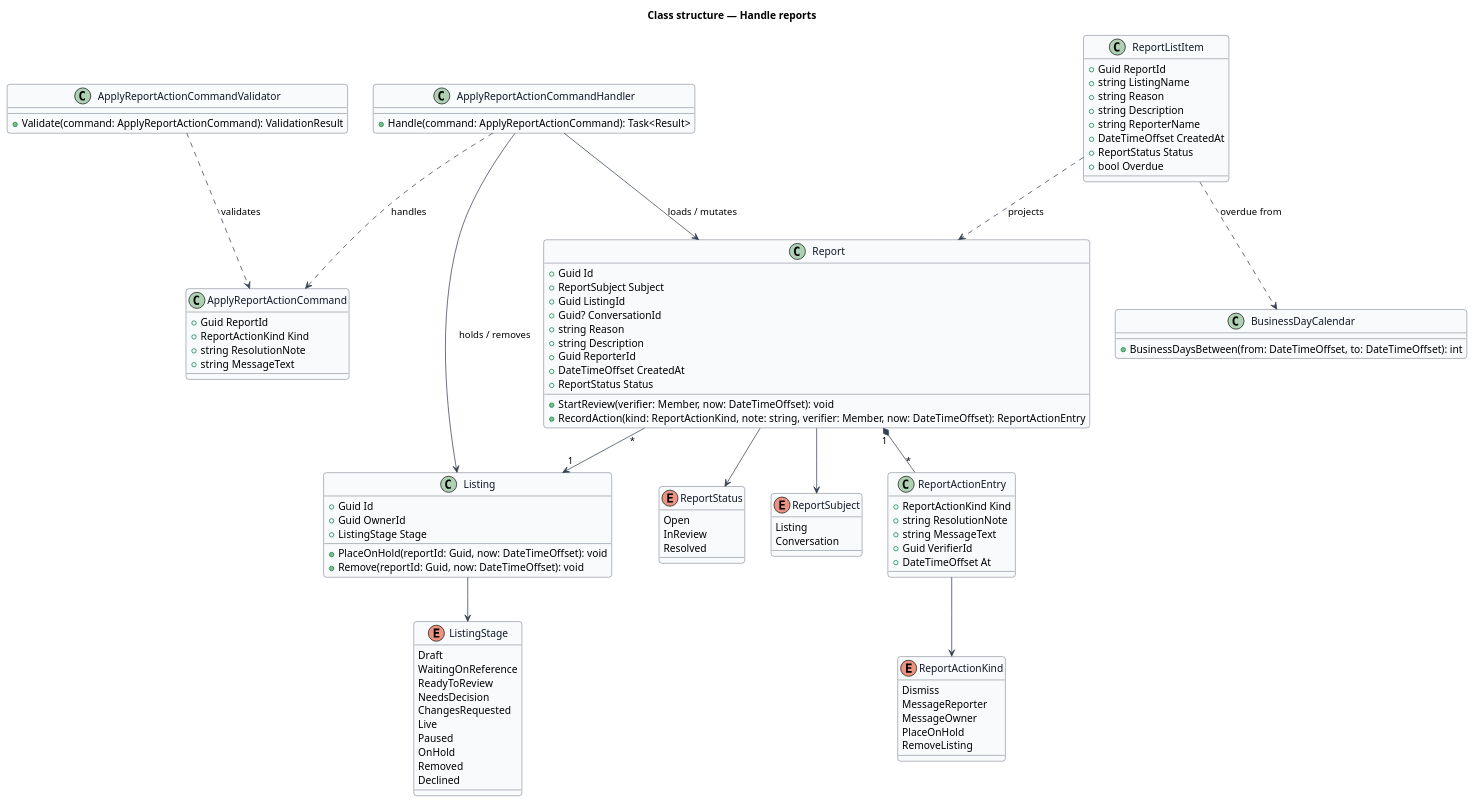
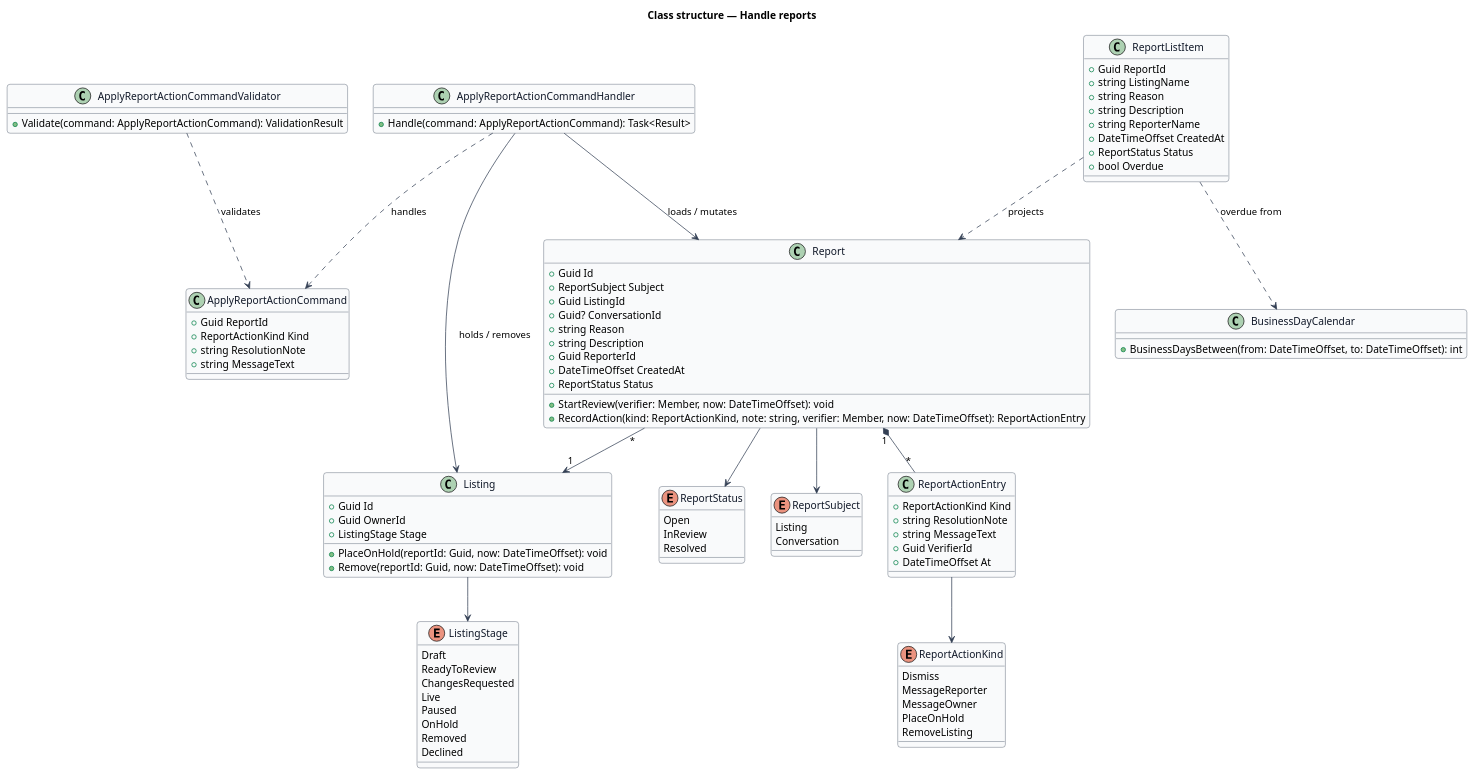
The diagram in docs/detailed-designs/verification/handle-reports/diagrams/class-structure.puml (QuinntyneBrown/jubilee), drawn with PlantUML before and after one commit. The commit also changed 333 other files, not shown here.

```diff
--- a/docs/detailed-designs/verification/handle-reports/diagrams/class-structure.puml
+++ b/docs/detailed-designs/verification/handle-reports/diagrams/class-structure.puml
@@ -1,106 +1,104 @@
 @startuml
 skinparam backgroundColor #FFFFFF
 skinparam shadowing false
 skinparam roundcorner 8
 skinparam defaultFontName Arial
 skinparam ArrowColor #344054
 skinparam class {
   BorderColor #344054
   FontColor #101828
   BackgroundColor #F9FAFB
 }
 title Class structure — Handle reports
 enum ReportStatus {
   Open
   InReview
   Resolved
 }
 enum ReportSubject {
   Listing
   Conversation
 }
 enum ReportActionKind {
   Dismiss
   MessageReporter
   MessageOwner
   PlaceOnHold
   RemoveListing
 }
 enum ListingStage {
   Draft
-  WaitingOnReference
   ReadyToReview
-  NeedsDecision
   ChangesRequested
   Live
   Paused
   OnHold
   Removed
   Declined
 }
 class Report {
   +Guid Id
   +ReportSubject Subject
   +Guid ListingId
   +Guid? ConversationId
   +string Reason
   +string Description
   +Guid ReporterId
   +DateTimeOffset CreatedAt
   +ReportStatus Status
   +StartReview(verifier: Member, now: DateTimeOffset): void
   +RecordAction(kind: ReportActionKind, note: string, verifier: Member, now: DateTimeOffset): ReportActionEntry
 }
 class ReportActionEntry {
   +ReportActionKind Kind
   +string ResolutionNote
   +string MessageText
   +Guid VerifierId
   +DateTimeOffset At
 }
 class Listing {
   +Guid Id
   +Guid OwnerId
   +ListingStage Stage
   +PlaceOnHold(reportId: Guid, now: DateTimeOffset): void
   +Remove(reportId: Guid, now: DateTimeOffset): void
 }
 class ApplyReportActionCommand {
   +Guid ReportId
   +ReportActionKind Kind
   +string ResolutionNote
   +string MessageText
 }
 class ApplyReportActionCommandValidator {
   +Validate(command: ApplyReportActionCommand): ValidationResult
 }
 class ApplyReportActionCommandHandler {
   +Handle(command: ApplyReportActionCommand): Task<Result>
 }
 class ReportListItem {
   +Guid ReportId
   +string ListingName
   +string Reason
   +string Description
   +string ReporterName
   +DateTimeOffset CreatedAt
   +ReportStatus Status
   +bool Overdue
 }
 class BusinessDayCalendar {
   +BusinessDaysBetween(from: DateTimeOffset, to: DateTimeOffset): int
 }
 
 ApplyReportActionCommandHandler ..> ApplyReportActionCommand : handles
 ApplyReportActionCommandValidator ..> ApplyReportActionCommand : validates
 ApplyReportActionCommandHandler --> Report : loads / mutates
 ApplyReportActionCommandHandler --> Listing : holds / removes
 Report "1" *-- "*" ReportActionEntry
 Report "*" --> "1" Listing
 Report --> ReportStatus
 Report --> ReportSubject
 ReportActionEntry --> ReportActionKind
 Listing --> ListingStage
 ReportListItem ..> Report : projects
 ReportListItem ..> BusinessDayCalendar : overdue from
 @enduml
```
